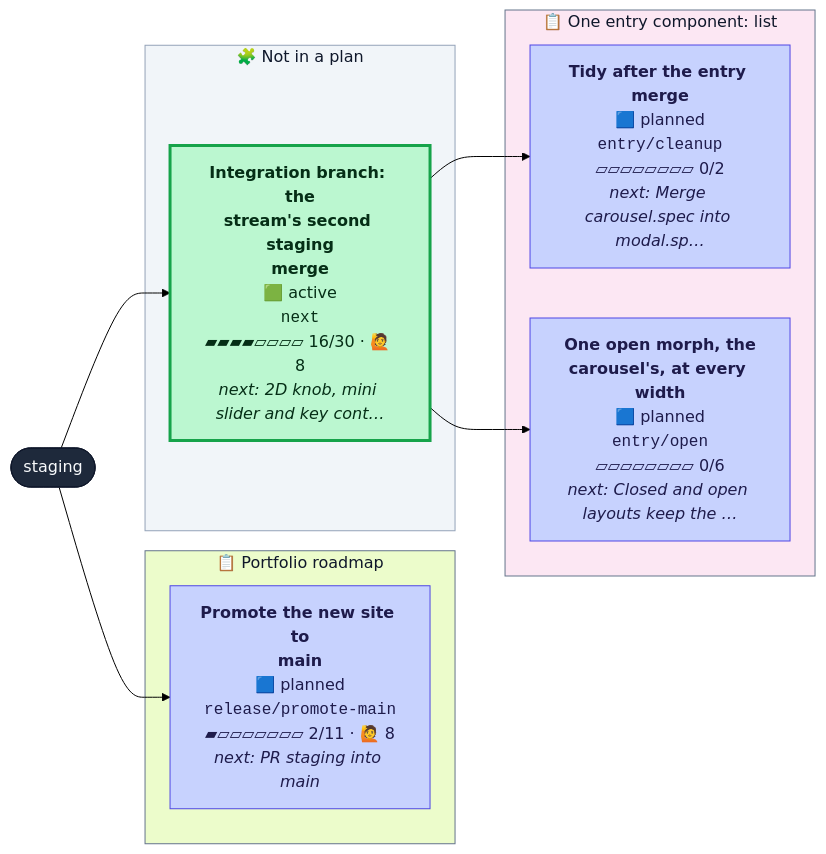
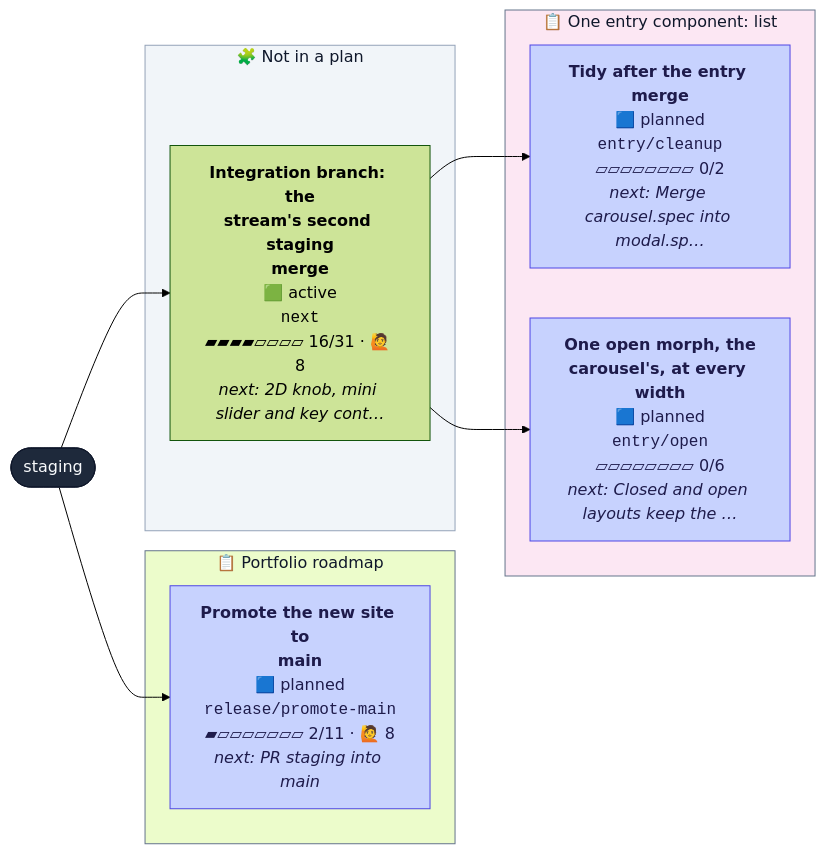
Before and after one commit to henryjonescodes/portfolio: the second of 2 diagrams in CONTRIBUTING.md, drawn with Mermaid (forest theme). The commit also changed other lines of this file, not shown here.

````diff
--- a/CONTRIBUTING.md
+++ b/CONTRIBUTING.md
@@ -37,33 +37,33 @@
 ```mermaid
 flowchart LR
   n_staging([staging])
   class n_staging trunk
   subgraph plan_1["📋 One entry component: list"]
     n_entry_cleanup["<b>Tidy after the entry merge</b><br/>🟦 planned<br/><code>entry/cleanup</code><br/>▱▱▱▱▱▱▱▱ 0/2<br/><i>next: Merge carousel.spec into modal.sp…</i>"]
     class n_entry_cleanup planned
     n_entry_open["<b>One open morph, the<br/>carousel's, at every width</b><br/>🟦 planned<br/><code>entry/open</code><br/>▱▱▱▱▱▱▱▱ 0/6<br/><i>next: Closed and open layouts keep the …</i>"]
     class n_entry_open planned
   end
   style plan_1 fill:#fce7f3,stroke:#64748b,color:#0f172a
   subgraph plan_2["📋 Portfolio roadmap"]
     n_release_promote_main["<b>Promote the new site to<br/>main</b><br/>🟦 planned<br/><code>release/promote-main</code><br/>▰▱▱▱▱▱▱▱ 2/11 · 🙋 8<br/><i>next: PR staging into main</i>"]
     class n_release_promote_main planned
   end
   style plan_2 fill:#ecfccb,stroke:#64748b,color:#0f172a
   subgraph loose["🧩 Not in a plan"]
-    n_next["<b>Integration branch: the<br/>stream's second staging<br/>merge</b><br/>🟩 active<br/><code>next</code><br/>▰▰▰▰▱▱▱▱ 16/30 · 🙋 8<br/><i>next: 2D knob, mini slider and key cont…</i>"]
-    class n_next active
+    n_next["<b>Integration branch: the<br/>stream's second staging<br/>merge</b><br/>🟩 active<br/><code>next</code><br/>▰▰▰▰▱▱▱▱ 16/31 · 🙋 8<br/><i>next: 2D knob, mini slider and key cont…</i>"]
+    class n_next active,current
   end
   style loose fill:#f1f5f9,stroke:#94a3b8,color:#0f172a
   n_next --> n_entry_cleanup
   n_next --> n_entry_open
   n_staging --> n_next
   n_staging --> n_release_promote_main
   classDef planned fill:#c7d2fe,stroke:#4f46e5,color:#1e1b4b
   classDef sketched fill:#f8fafc,stroke:#64748b,stroke-dasharray:4 3,color:#334155
   classDef active fill:#bbf7d0,stroke:#16a34a,stroke-width:3px,color:#052e16
   classDef review fill:#fde68a,stroke:#d97706,stroke-width:3px,color:#451a03
   classDef blocked fill:#fecaca,stroke:#dc2626,stroke-width:3px,color:#450a0a
   classDef trunk fill:#1e293b,stroke:#0f172a,color:#f8fafc
   classDef current stroke:#0ea5e9,stroke-width:5px
 ```
````
